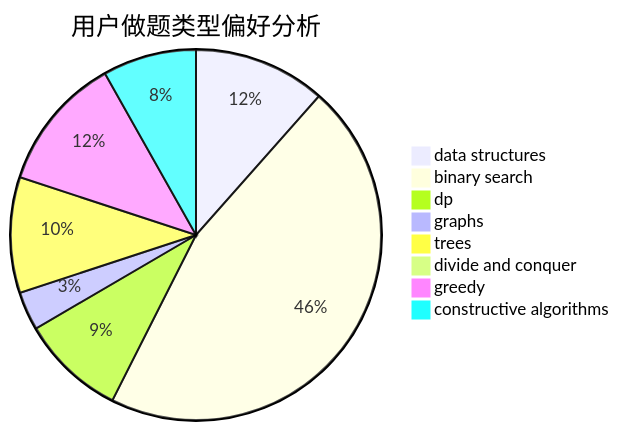
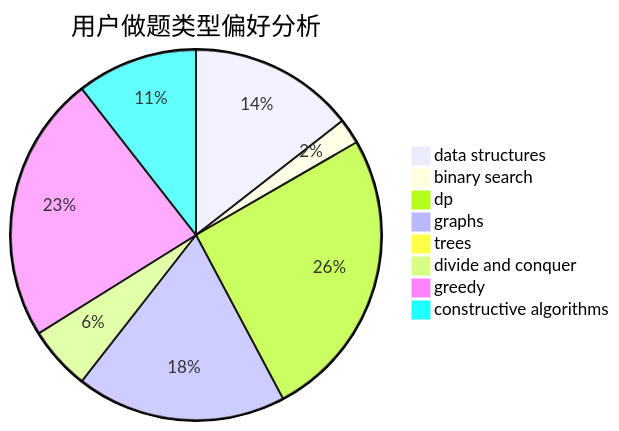
One commit to sherpahu/cfrs.github.io changed the second of 3 diagrams in docs/user/u1891.md. Above: the diagram before and after it, drawn with Mermaid. The commit also changed other lines of this file and 2770 other files, not shown here.

````diff
--- a/docs/user/u1891.md
+++ b/docs/user/u1891.md
@@ -23,11 +23,11 @@
 ```mermaid
 pie title 用户做题类型偏好分析
-    "data structures" :  48
-    "binary search" :  191
-    "dp" :  38
-    "graphs" :  14
-    "trees" :  42
-    "divide and conquer" :  0
-    "greedy" :  49
-    "constructive algorithms" :  34
+    "data structures" :  26
+    "binary search" :  4
+    "dp" :  46
+    "graphs" :  33
+    "trees" :  0
+    "divide and conquer" :  10
+    "greedy" :  42
+    "constructive algorithms" :  19
 ```
````
